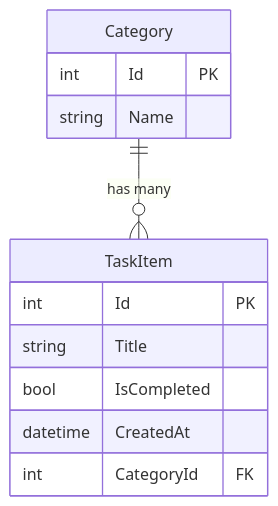
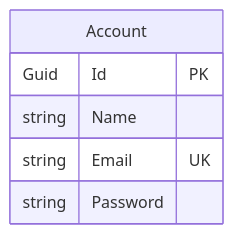
One commit to JoaoFPedro/dotnetPlan changed the third of 3 diagrams in .github/docs/technical/auth/post-auth-login.md. Above: the diagram before and after it, drawn with Mermaid. The commit also changed other lines of this file, not shown here.

````diff
--- a/.github/docs/technical/auth/post-auth-login.md
+++ b/.github/docs/technical/auth/post-auth-login.md
@@ -65,15 +148,9 @@
 ```mermaid
 erDiagram
-    Category {
-        int Id PK
+    Account {
+        Guid Id PK
         string Name
+        string Email UK
+        string Password
     }
-    TaskItem {
-        int Id PK
-        string Title
-        bool IsCompleted
-        datetime CreatedAt
-        int CategoryId FK
-    }
-    Category ||--o{ TaskItem : "has many"
 ```
````
